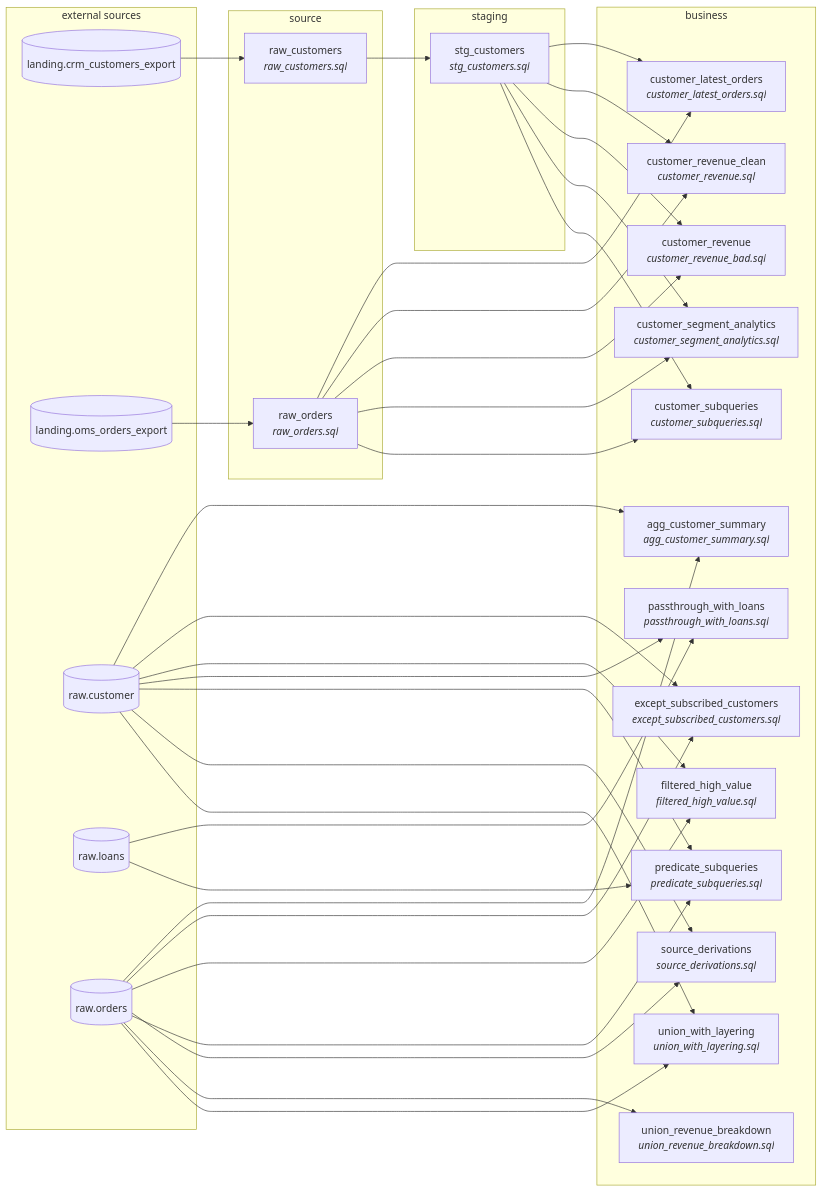
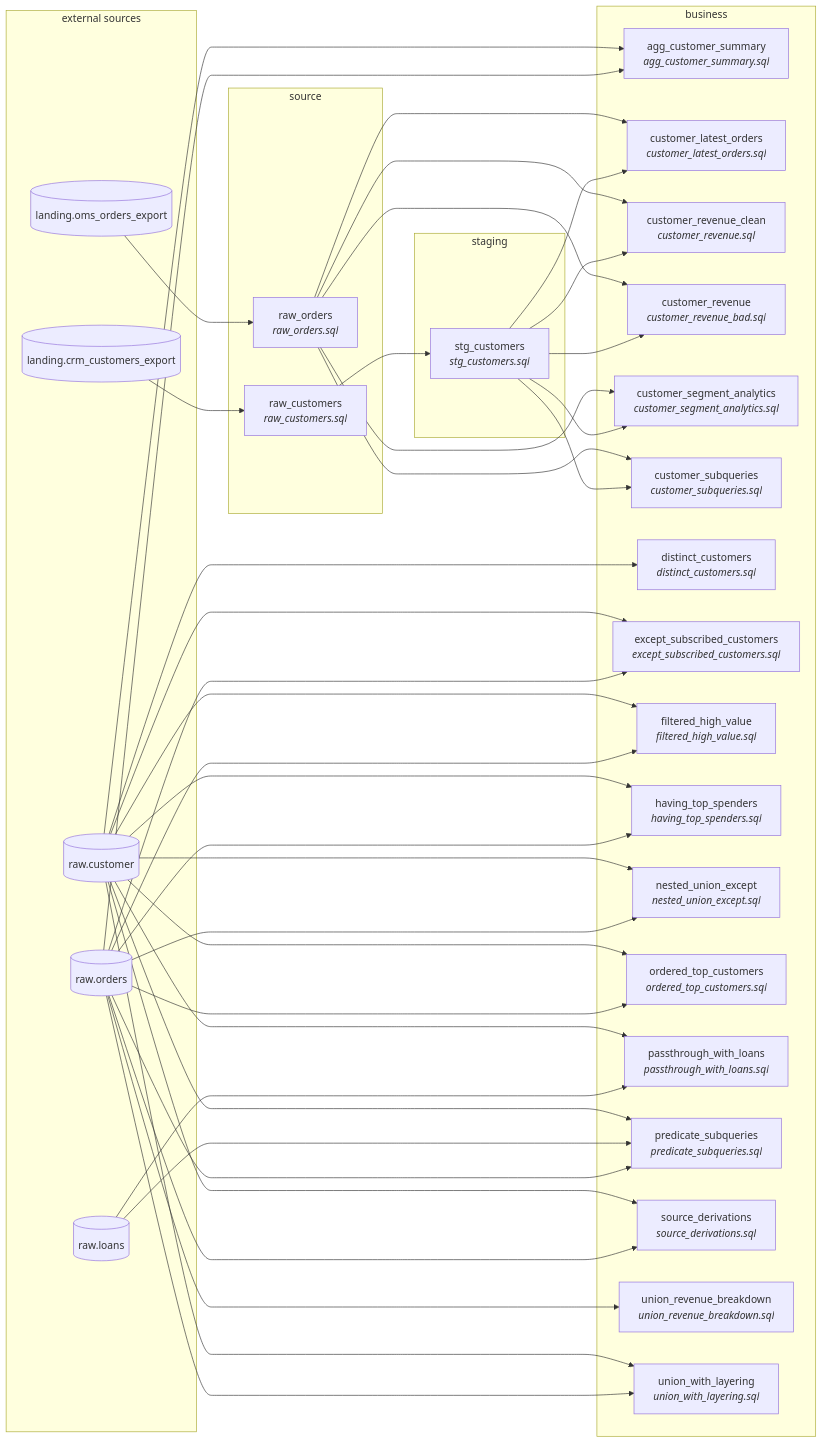
Before and after one commit to jacovanderlaan/mdde-demo: the diagram in examples/sql_process/expected_output/report.md, drawn with Mermaid. The commit also changed other lines of this file and 35 other files, not shown here.

First line of the commit message:
feat(sql_process): qualifier preservation + edge-case fixtures + Mermaid infographics

````diff
--- a/examples/sql_process/expected_output/report.md
+++ b/examples/sql_process/expected_output/report.md
@@ -144,61 +164,72 @@
 ```mermaid
 flowchart LR
   subgraph source
     raw_customers["raw_customers<br/><i>raw_customers.sql</i>"]
     raw_orders["raw_orders<br/><i>raw_orders.sql</i>"]
   end
   subgraph staging
     stg_customers["stg_customers<br/><i>stg_customers.sql</i>"]
   end
   subgraph business
     agg_customer_summary["agg_customer_summary<br/><i>agg_customer_summary.sql</i>"]
     customer_latest_orders["customer_latest_orders<br/><i>customer_latest_orders.sql</i>"]
     customer_revenue_clean["customer_revenue_clean<br/><i>customer_revenue.sql</i>"]
     customer_revenue["customer_revenue<br/><i>customer_revenue_bad.sql</i>"]
     customer_segment_analytics["customer_segment_analytics<br/><i>customer_segment_analytics.sql</i>"]
     customer_subqueries["customer_subqueries<br/><i>customer_subqueries.sql</i>"]
+    distinct_customers["distinct_customers<br/><i>distinct_customers.sql</i>"]
     except_subscribed_customers["except_subscribed_customers<br/><i>except_subscribed_customers.sql</i>"]
     filtered_high_value["filtered_high_value<br/><i>filtered_high_value.sql</i>"]
+    having_top_spenders["having_top_spenders<br/><i>having_top_spenders.sql</i>"]
+    nested_union_except["nested_union_except<br/><i>nested_union_except.sql</i>"]
+    ordered_top_customers["ordered_top_customers<br/><i>ordered_top_customers.sql</i>"]
     passthrough_with_loans["passthrough_with_loans<br/><i>passthrough_with_loans.sql</i>"]
     predicate_subqueries["predicate_subqueries<br/><i>predicate_subqueries.sql</i>"]
     source_derivations["source_derivations<br/><i>source_derivations.sql</i>"]
     union_revenue_breakdown["union_revenue_breakdown<br/><i>union_revenue_breakdown.sql</i>"]
     union_with_layering["union_with_layering<br/><i>union_with_layering.sql</i>"]
   end
   raw_customers --> stg_customers
   raw_orders --> customer_latest_orders
   raw_orders --> customer_revenue_clean
   raw_orders --> customer_revenue
   raw_orders --> customer_segment_analytics
   raw_orders --> customer_subqueries
   stg_customers --> customer_latest_orders
   stg_customers --> customer_revenue_clean
   stg_customers --> customer_revenue
   stg_customers --> customer_segment_analytics
   stg_customers --> customer_subqueries
   subgraph external ["external sources"]
     ext_landing_crm_customers_export[("landing.crm_customers_export")]
     ext_landing_oms_orders_export[("landing.oms_orders_export")]
     ext_raw_customer[("raw.customer")]
     ext_raw_loans[("raw.loans")]
     ext_raw_orders[("raw.orders")]
   end
   ext_landing_crm_customers_export --> raw_customers
   ext_landing_oms_orders_export --> raw_orders
   ext_raw_customer --> agg_customer_summary
+  ext_raw_customer --> distinct_customers
   ext_raw_customer --> except_subscribed_customers
   ext_raw_customer --> filtered_high_value
+  ext_raw_customer --> having_top_spenders
+  ext_raw_customer --> nested_union_except
+  ext_raw_customer --> ordered_top_customers
   ext_raw_customer --> passthrough_with_loans
   ext_raw_customer --> predicate_subqueries
   ext_raw_customer --> source_derivations
   ext_raw_customer --> union_with_layering
   ext_raw_loans --> passthrough_with_loans
   ext_raw_loans --> predicate_subqueries
   ext_raw_orders --> agg_customer_summary
   ext_raw_orders --> except_subscribed_customers
   ext_raw_orders --> filtered_high_value
+  ext_raw_orders --> having_top_spenders
+  ext_raw_orders --> nested_union_except
+  ext_raw_orders --> ordered_top_customers
   ext_raw_orders --> predicate_subqueries
   ext_raw_orders --> source_derivations
   ext_raw_orders --> union_revenue_breakdown
   ext_raw_orders --> union_with_layering
 ```
````
